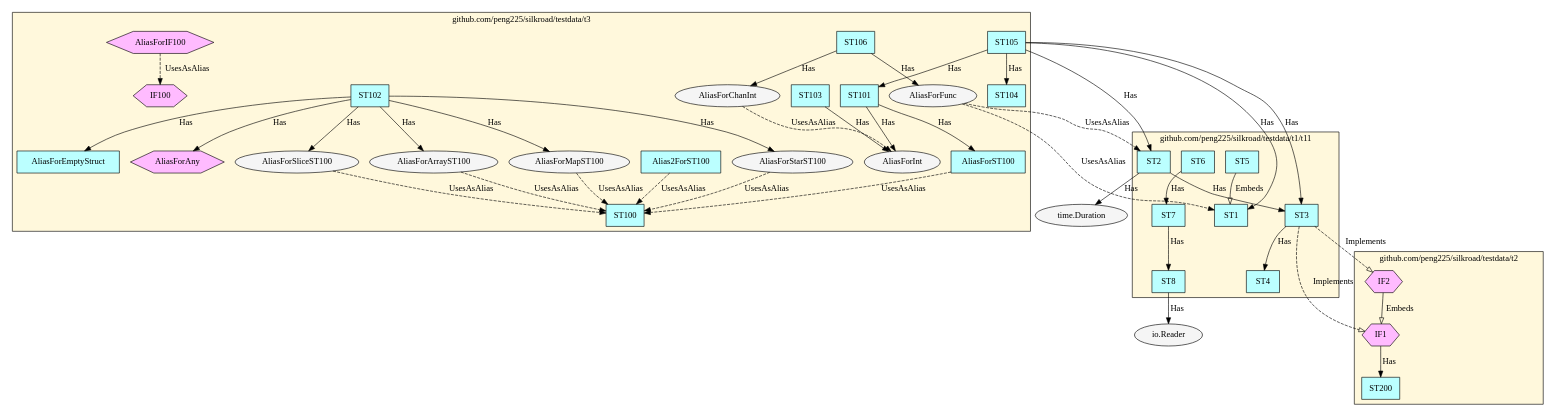
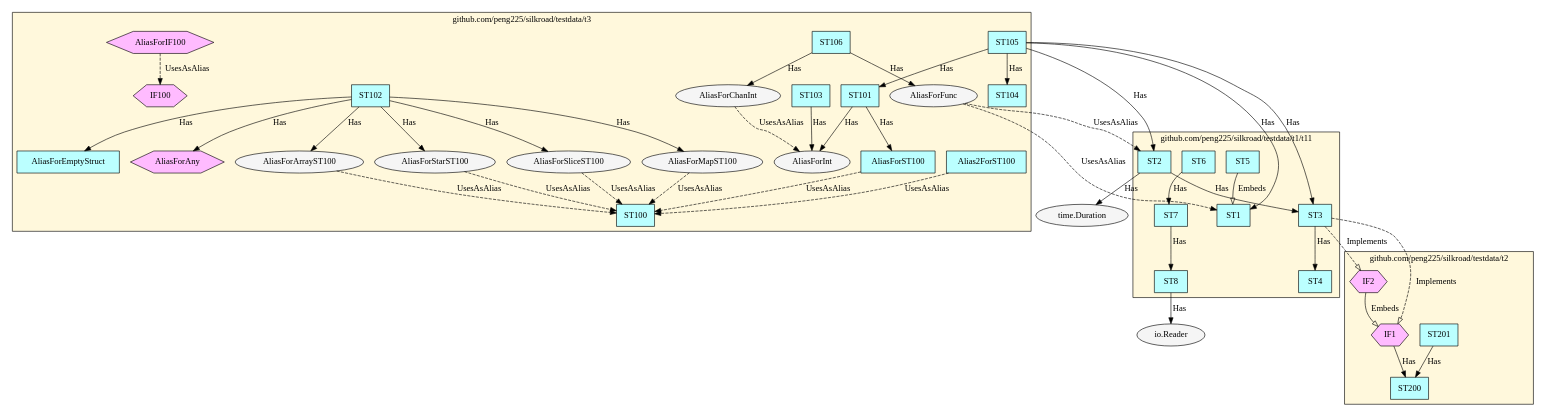
One commit to peng225/silkroad changed the diagram in test.dot. Above: the diagram before and after it, drawn with Graphviz. The commit also changed 6 other files, not shown here.

```diff
--- a/test.dot
+++ b/test.dot
@@ -1,86 +1,88 @@
 digraph G {
 node[style="filled" fillcolor="whitesmoke"]
-subgraph cluster_github_com_peng225_silkroad_testdata_t1_t11 {
-  label = "github.com/peng225/silkroad/testdata/t1/t11";
-  style = "solid";
-  bgcolor = "cornsilk";
-  "github.com/peng225/silkroad/testdata/t1/t11.ST7" [label="ST7" shape="rect" fillcolor="paleturquoise1"];
-  "github.com/peng225/silkroad/testdata/t1/t11.ST8" [label="ST8" shape="rect" fillcolor="paleturquoise1"];
-  "github.com/peng225/silkroad/testdata/t1/t11.ST1" [label="ST1" shape="rect" fillcolor="paleturquoise1"];
-  "github.com/peng225/silkroad/testdata/t1/t11.ST2" [label="ST2" shape="rect" fillcolor="paleturquoise1"];
-  "github.com/peng225/silkroad/testdata/t1/t11.ST3" [label="ST3" shape="rect" fillcolor="paleturquoise1"];
-  "github.com/peng225/silkroad/testdata/t1/t11.ST4" [label="ST4" shape="rect" fillcolor="paleturquoise1"];
-  "github.com/peng225/silkroad/testdata/t1/t11.ST5" [label="ST5" shape="rect" fillcolor="paleturquoise1"];
-  "github.com/peng225/silkroad/testdata/t1/t11.ST6" [label="ST6" shape="rect" fillcolor="paleturquoise1"];
-}
 subgraph cluster_github_com_peng225_silkroad_testdata_t3 {
   label = "github.com/peng225/silkroad/testdata/t3";
   style = "solid";
   bgcolor = "cornsilk";
+  "github.com/peng225/silkroad/testdata/t3.AliasForST100" [label="AliasForST100" shape="rect" fillcolor="paleturquoise1"];
+  "github.com/peng225/silkroad/testdata/t3.Alias2ForST100" [label="Alias2ForST100" shape="rect" fillcolor="paleturquoise1"];
+  "github.com/peng225/silkroad/testdata/t3.ST101" [label="ST101" shape="rect" fillcolor="paleturquoise1"];
+  "github.com/peng225/silkroad/testdata/t3.ST105" [label="ST105" shape="rect" fillcolor="paleturquoise1"];
+  "github.com/peng225/silkroad/testdata/t3.ST104" [label="ST104" shape="rect" fillcolor="paleturquoise1"];
+  "github.com/peng225/silkroad/testdata/t3.ST106" [label="ST106" shape="rect" fillcolor="paleturquoise1"];
+  "github.com/peng225/silkroad/testdata/t3.AliasForEmptyStruct" [label="AliasForEmptyStruct" shape="rect" fillcolor="paleturquoise1"];
+  "github.com/peng225/silkroad/testdata/t3.ST100" [label="ST100" shape="rect" fillcolor="paleturquoise1"];
+  "github.com/peng225/silkroad/testdata/t3.ST102" [label="ST102" shape="rect" fillcolor="paleturquoise1"];
   "github.com/peng225/silkroad/testdata/t3.ST103" [label="ST103" shape="rect" fillcolor="paleturquoise1"];
-  "github.com/peng225/silkroad/testdata/t3.ST105" [label="ST105" shape="rect" fillcolor="paleturquoise1"];
-  "github.com/peng225/silkroad/testdata/t3.ST106" [label="ST106" shape="rect" fillcolor="paleturquoise1"];
-  "github.com/peng225/silkroad/testdata/t3.Alias2ForST100" [label="Alias2ForST100" shape="rect" fillcolor="paleturquoise1"];
-  "github.com/peng225/silkroad/testdata/t3.AliasForEmptyStruct" [label="AliasForEmptyStruct" shape="rect" fillcolor="paleturquoise1"];
-  "github.com/peng225/silkroad/testdata/t3.ST101" [label="ST101" shape="rect" fillcolor="paleturquoise1"];
-  "github.com/peng225/silkroad/testdata/t3.ST102" [label="ST102" shape="rect" fillcolor="paleturquoise1"];
-  "github.com/peng225/silkroad/testdata/t3.ST104" [label="ST104" shape="rect" fillcolor="paleturquoise1"];
-  "github.com/peng225/silkroad/testdata/t3.AliasForST100" [label="AliasForST100" shape="rect" fillcolor="paleturquoise1"];
-  "github.com/peng225/silkroad/testdata/t3.ST100" [label="ST100" shape="rect" fillcolor="paleturquoise1"];
   "github.com/peng225/silkroad/testdata/t3.AliasForIF100" [label="AliasForIF100" shape="hexagon" fillcolor="plum1"];
   "github.com/peng225/silkroad/testdata/t3.AliasForAny" [label="AliasForAny" shape="hexagon" fillcolor="plum1"];
   "github.com/peng225/silkroad/testdata/t3.IF100" [label="IF100" shape="hexagon" fillcolor="plum1"];
-  "github.com/peng225/silkroad/testdata/t3.AliasForStarST100" [label="AliasForStarST100" shape="ellipse" fillcolor="whitesmoke"];
-  "github.com/peng225/silkroad/testdata/t3.AliasForChanInt" [label="AliasForChanInt" shape="ellipse" fillcolor="whitesmoke"];
-  "github.com/peng225/silkroad/testdata/t3.AliasForInt" [label="AliasForInt" shape="ellipse" fillcolor="whitesmoke"];
   "github.com/peng225/silkroad/testdata/t3.AliasForFunc" [label="AliasForFunc" shape="ellipse" fillcolor="whitesmoke"];
   "github.com/peng225/silkroad/testdata/t3.AliasForMapST100" [label="AliasForMapST100" shape="ellipse" fillcolor="whitesmoke"];
   "github.com/peng225/silkroad/testdata/t3.AliasForSliceST100" [label="AliasForSliceST100" shape="ellipse" fillcolor="whitesmoke"];
   "github.com/peng225/silkroad/testdata/t3.AliasForArrayST100" [label="AliasForArrayST100" shape="ellipse" fillcolor="whitesmoke"];
+  "github.com/peng225/silkroad/testdata/t3.AliasForStarST100" [label="AliasForStarST100" shape="ellipse" fillcolor="whitesmoke"];
+  "github.com/peng225/silkroad/testdata/t3.AliasForChanInt" [label="AliasForChanInt" shape="ellipse" fillcolor="whitesmoke"];
+  "github.com/peng225/silkroad/testdata/t3.AliasForInt" [label="AliasForInt" shape="ellipse" fillcolor="whitesmoke"];
 }
 subgraph cluster_github_com_peng225_silkroad_testdata_t2 {
   label = "github.com/peng225/silkroad/testdata/t2";
   style = "solid";
   bgcolor = "cornsilk";
   "github.com/peng225/silkroad/testdata/t2.ST200" [label="ST200" shape="rect" fillcolor="paleturquoise1"];
+  "github.com/peng225/silkroad/testdata/t2.ST201" [label="ST201" shape="rect" fillcolor="paleturquoise1"];
   "github.com/peng225/silkroad/testdata/t2.IF1" [label="IF1" shape="hexagon" fillcolor="plum1"];
   "github.com/peng225/silkroad/testdata/t2.IF2" [label="IF2" shape="hexagon" fillcolor="plum1"];
 }
+subgraph cluster_github_com_peng225_silkroad_testdata_t1_t11 {
+  label = "github.com/peng225/silkroad/testdata/t1/t11";
+  style = "solid";
+  bgcolor = "cornsilk";
+  "github.com/peng225/silkroad/testdata/t1/t11.ST4" [label="ST4" shape="rect" fillcolor="paleturquoise1"];
+  "github.com/peng225/silkroad/testdata/t1/t11.ST5" [label="ST5" shape="rect" fillcolor="paleturquoise1"];
+  "github.com/peng225/silkroad/testdata/t1/t11.ST6" [label="ST6" shape="rect" fillcolor="paleturquoise1"];
+  "github.com/peng225/silkroad/testdata/t1/t11.ST7" [label="ST7" shape="rect" fillcolor="paleturquoise1"];
+  "github.com/peng225/silkroad/testdata/t1/t11.ST8" [label="ST8" shape="rect" fillcolor="paleturquoise1"];
+  "github.com/peng225/silkroad/testdata/t1/t11.ST1" [label="ST1" shape="rect" fillcolor="paleturquoise1"];
+  "github.com/peng225/silkroad/testdata/t1/t11.ST2" [label="ST2" shape="rect" fillcolor="paleturquoise1"];
+  "github.com/peng225/silkroad/testdata/t1/t11.ST3" [label="ST3" shape="rect" fillcolor="paleturquoise1"];
+}
+"github.com/peng225/silkroad/testdata/t3.AliasForSliceST100" -> "github.com/peng225/silkroad/testdata/t3.ST100" [label="UsesAsAlias" arrowhead="normal" style="dashed"];
+"github.com/peng225/silkroad/testdata/t1/t11.ST5" -> "github.com/peng225/silkroad/testdata/t1/t11.ST1" [label="Embeds" arrowhead="empty" style="solid"];
+"github.com/peng225/silkroad/testdata/t1/t11.ST8" -> "io.Reader" [label="Has" arrowhead="normal" style="solid"];
+"github.com/peng225/silkroad/testdata/t3.ST101" -> "github.com/peng225/silkroad/testdata/t3.AliasForST100" [label="Has" arrowhead="normal" style="solid"];
+"github.com/peng225/silkroad/testdata/t3.ST101" -> "github.com/peng225/silkroad/testdata/t3.AliasForInt" [label="Has" arrowhead="normal" style="solid"];
 "github.com/peng225/silkroad/testdata/t3.AliasForStarST100" -> "github.com/peng225/silkroad/testdata/t3.ST100" [label="UsesAsAlias" arrowhead="normal" style="dashed"];
+"github.com/peng225/silkroad/testdata/t3.AliasForArrayST100" -> "github.com/peng225/silkroad/testdata/t3.ST100" [label="UsesAsAlias" arrowhead="normal" style="dashed"];
+"github.com/peng225/silkroad/testdata/t3.AliasForIF100" -> "github.com/peng225/silkroad/testdata/t3.IF100" [label="UsesAsAlias" arrowhead="normal" style="dashed"];
+"github.com/peng225/silkroad/testdata/t3.AliasForChanInt" -> "github.com/peng225/silkroad/testdata/t3.AliasForInt" [label="UsesAsAlias" arrowhead="normal" style="dashed"];
+"github.com/peng225/silkroad/testdata/t3.ST106" -> "github.com/peng225/silkroad/testdata/t3.AliasForFunc" [label="Has" arrowhead="normal" style="solid"];
+"github.com/peng225/silkroad/testdata/t3.ST106" -> "github.com/peng225/silkroad/testdata/t3.AliasForChanInt" [label="Has" arrowhead="normal" style="solid"];
+"github.com/peng225/silkroad/testdata/t3.Alias2ForST100" -> "github.com/peng225/silkroad/testdata/t3.ST100" [label="UsesAsAlias" arrowhead="normal" style="dashed"];
+"github.com/peng225/silkroad/testdata/t1/t11.ST6" -> "github.com/peng225/silkroad/testdata/t1/t11.ST7" [label="Has" arrowhead="normal" style="solid"];
+"github.com/peng225/silkroad/testdata/t1/t11.ST7" -> "github.com/peng225/silkroad/testdata/t1/t11.ST8" [label="Has" arrowhead="normal" style="solid"];
+"github.com/peng225/silkroad/testdata/t3.ST102" -> "github.com/peng225/silkroad/testdata/t3.AliasForStarST100" [label="Has" arrowhead="normal" style="solid"];
+"github.com/peng225/silkroad/testdata/t3.ST102" -> "github.com/peng225/silkroad/testdata/t3.AliasForArrayST100" [label="Has" arrowhead="normal" style="solid"];
+"github.com/peng225/silkroad/testdata/t3.ST102" -> "github.com/peng225/silkroad/testdata/t3.AliasForSliceST100" [label="Has" arrowhead="normal" style="solid"];
 "github.com/peng225/silkroad/testdata/t3.ST102" -> "github.com/peng225/silkroad/testdata/t3.AliasForMapST100" [label="Has" arrowhead="normal" style="solid"];
 "github.com/peng225/silkroad/testdata/t3.ST102" -> "github.com/peng225/silkroad/testdata/t3.AliasForAny" [label="Has" arrowhead="normal" style="solid"];
 "github.com/peng225/silkroad/testdata/t3.ST102" -> "github.com/peng225/silkroad/testdata/t3.AliasForEmptyStruct" [label="Has" arrowhead="normal" style="solid"];
-"github.com/peng225/silkroad/testdata/t3.ST102" -> "github.com/peng225/silkroad/testdata/t3.AliasForStarST100" [label="Has" arrowhead="normal" style="solid"];
-"github.com/peng225/silkroad/testdata/t3.ST102" -> "github.com/peng225/silkroad/testdata/t3.AliasForArrayST100" [label="Has" arrowhead="normal" style="solid"];
-"github.com/peng225/silkroad/testdata/t3.ST102" -> "github.com/peng225/silkroad/testdata/t3.AliasForSliceST100" [label="Has" arrowhead="normal" style="solid"];
-"github.com/peng225/silkroad/testdata/t3.AliasForST100" -> "github.com/peng225/silkroad/testdata/t3.ST100" [label="UsesAsAlias" arrowhead="normal" style="dashed"];
-"github.com/peng225/silkroad/testdata/t3.AliasForArrayST100" -> "github.com/peng225/silkroad/testdata/t3.ST100" [label="UsesAsAlias" arrowhead="normal" style="dashed"];
-"github.com/peng225/silkroad/testdata/t2.IF1" -> "github.com/peng225/silkroad/testdata/t2.ST200" [label="Has" arrowhead="normal" style="solid"];
-"github.com/peng225/silkroad/testdata/t1/t11.ST8" -> "io.Reader" [label="Has" arrowhead="normal" style="solid"];
-"github.com/peng225/silkroad/testdata/t3.ST101" -> "github.com/peng225/silkroad/testdata/t3.AliasForST100" [label="Has" arrowhead="normal" style="solid"];
-"github.com/peng225/silkroad/testdata/t3.ST101" -> "github.com/peng225/silkroad/testdata/t3.AliasForInt" [label="Has" arrowhead="normal" style="solid"];
-"github.com/peng225/silkroad/testdata/t1/t11.ST6" -> "github.com/peng225/silkroad/testdata/t1/t11.ST7" [label="Has" arrowhead="normal" style="solid"];
-"github.com/peng225/silkroad/testdata/t3.Alias2ForST100" -> "github.com/peng225/silkroad/testdata/t3.ST100" [label="UsesAsAlias" arrowhead="normal" style="dashed"];
-"github.com/peng225/silkroad/testdata/t1/t11.ST7" -> "github.com/peng225/silkroad/testdata/t1/t11.ST8" [label="Has" arrowhead="normal" style="solid"];
-"github.com/peng225/silkroad/testdata/t3.AliasForSliceST100" -> "github.com/peng225/silkroad/testdata/t3.ST100" [label="UsesAsAlias" arrowhead="normal" style="dashed"];
-"github.com/peng225/silkroad/testdata/t1/t11.ST3" -> "github.com/peng225/silkroad/testdata/t1/t11.ST4" [label="Has" arrowhead="normal" style="solid"];
-"github.com/peng225/silkroad/testdata/t1/t11.ST3" -> "github.com/peng225/silkroad/testdata/t2.IF2" [label="Implements" arrowhead="empty" style="dashed"];
-"github.com/peng225/silkroad/testdata/t1/t11.ST3" -> "github.com/peng225/silkroad/testdata/t2.IF1" [label="Implements" arrowhead="empty" style="dashed"];
 "github.com/peng225/silkroad/testdata/t3.ST103" -> "github.com/peng225/silkroad/testdata/t3.AliasForInt" [label="Has" arrowhead="normal" style="solid"];
-"github.com/peng225/silkroad/testdata/t3.AliasForChanInt" -> "github.com/peng225/silkroad/testdata/t3.AliasForInt" [label="UsesAsAlias" arrowhead="normal" style="dashed"];
-"github.com/peng225/silkroad/testdata/t1/t11.ST5" -> "github.com/peng225/silkroad/testdata/t1/t11.ST1" [label="Embeds" arrowhead="empty" style="solid"];
+"github.com/peng225/silkroad/testdata/t2.IF2" -> "github.com/peng225/silkroad/testdata/t2.IF1" [label="Embeds" arrowhead="empty" style="solid"];
 "github.com/peng225/silkroad/testdata/t3.AliasForFunc" -> "github.com/peng225/silkroad/testdata/t1/t11.ST1" [label="UsesAsAlias" arrowhead="normal" style="dashed"];
 "github.com/peng225/silkroad/testdata/t3.AliasForFunc" -> "github.com/peng225/silkroad/testdata/t1/t11.ST2" [label="UsesAsAlias" arrowhead="normal" style="dashed"];
-"github.com/peng225/silkroad/testdata/t3.AliasForIF100" -> "github.com/peng225/silkroad/testdata/t3.IF100" [label="UsesAsAlias" arrowhead="normal" style="dashed"];
-"github.com/peng225/silkroad/testdata/t3.AliasForMapST100" -> "github.com/peng225/silkroad/testdata/t3.ST100" [label="UsesAsAlias" arrowhead="normal" style="dashed"];
+"github.com/peng225/silkroad/testdata/t2.ST201" -> "github.com/peng225/silkroad/testdata/t2.ST200" [label="Has" arrowhead="normal" style="solid"];
 "github.com/peng225/silkroad/testdata/t1/t11.ST2" -> "github.com/peng225/silkroad/testdata/t1/t11.ST3" [label="Has" arrowhead="normal" style="solid"];
 "github.com/peng225/silkroad/testdata/t1/t11.ST2" -> "time.Duration" [label="Has" arrowhead="normal" style="solid"];
+"github.com/peng225/silkroad/testdata/t3.AliasForST100" -> "github.com/peng225/silkroad/testdata/t3.ST100" [label="UsesAsAlias" arrowhead="normal" style="dashed"];
+"github.com/peng225/silkroad/testdata/t3.AliasForMapST100" -> "github.com/peng225/silkroad/testdata/t3.ST100" [label="UsesAsAlias" arrowhead="normal" style="dashed"];
 "github.com/peng225/silkroad/testdata/t3.ST105" -> "github.com/peng225/silkroad/testdata/t3.ST101" [label="Has" arrowhead="normal" style="solid"];
 "github.com/peng225/silkroad/testdata/t3.ST105" -> "github.com/peng225/silkroad/testdata/t3.ST104" [label="Has" arrowhead="normal" style="solid"];
 "github.com/peng225/silkroad/testdata/t3.ST105" -> "github.com/peng225/silkroad/testdata/t1/t11.ST1" [label="Has" arrowhead="normal" style="solid"];
 "github.com/peng225/silkroad/testdata/t3.ST105" -> "github.com/peng225/silkroad/testdata/t1/t11.ST2" [label="Has" arrowhead="normal" style="solid"];
 "github.com/peng225/silkroad/testdata/t3.ST105" -> "github.com/peng225/silkroad/testdata/t1/t11.ST3" [label="Has" arrowhead="normal" style="solid"];
-"github.com/peng225/silkroad/testdata/t3.ST106" -> "github.com/peng225/silkroad/testdata/t3.AliasForFunc" [label="Has" arrowhead="normal" style="solid"];
-"github.com/peng225/silkroad/testdata/t3.ST106" -> "github.com/peng225/silkroad/testdata/t3.AliasForChanInt" [label="Has" arrowhead="normal" style="solid"];
-"github.com/peng225/silkroad/testdata/t2.IF2" -> "github.com/peng225/silkroad/testdata/t2.IF1" [label="Embeds" arrowhead="empty" style="solid"];
+"github.com/peng225/silkroad/testdata/t2.IF1" -> "github.com/peng225/silkroad/testdata/t2.ST200" [label="Has" arrowhead="normal" style="solid"];
+"github.com/peng225/silkroad/testdata/t1/t11.ST3" -> "github.com/peng225/silkroad/testdata/t2.IF2" [label="Implements" arrowhead="empty" style="dashed"];
+"github.com/peng225/silkroad/testdata/t1/t11.ST3" -> "github.com/peng225/silkroad/testdata/t1/t11.ST4" [label="Has" arrowhead="normal" style="solid"];
+"github.com/peng225/silkroad/testdata/t1/t11.ST3" -> "github.com/peng225/silkroad/testdata/t2.IF1" [label="Implements" arrowhead="empty" style="dashed"];
 }
```
